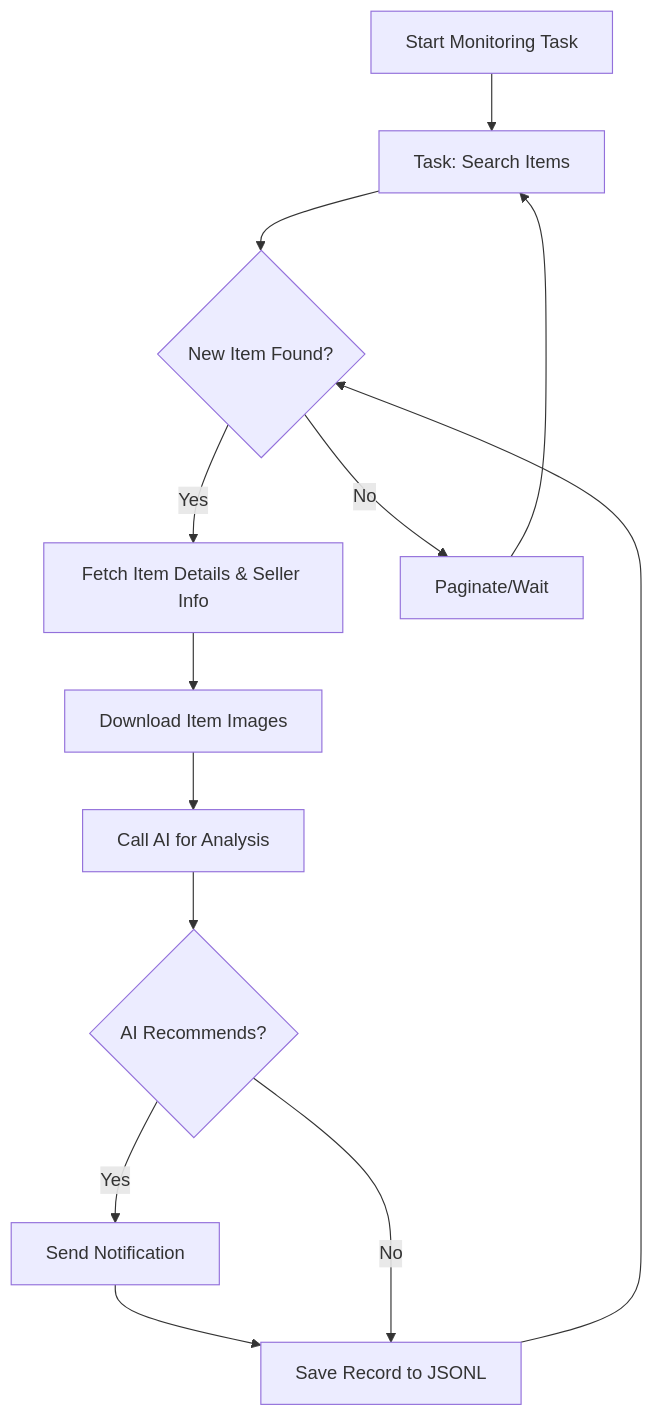
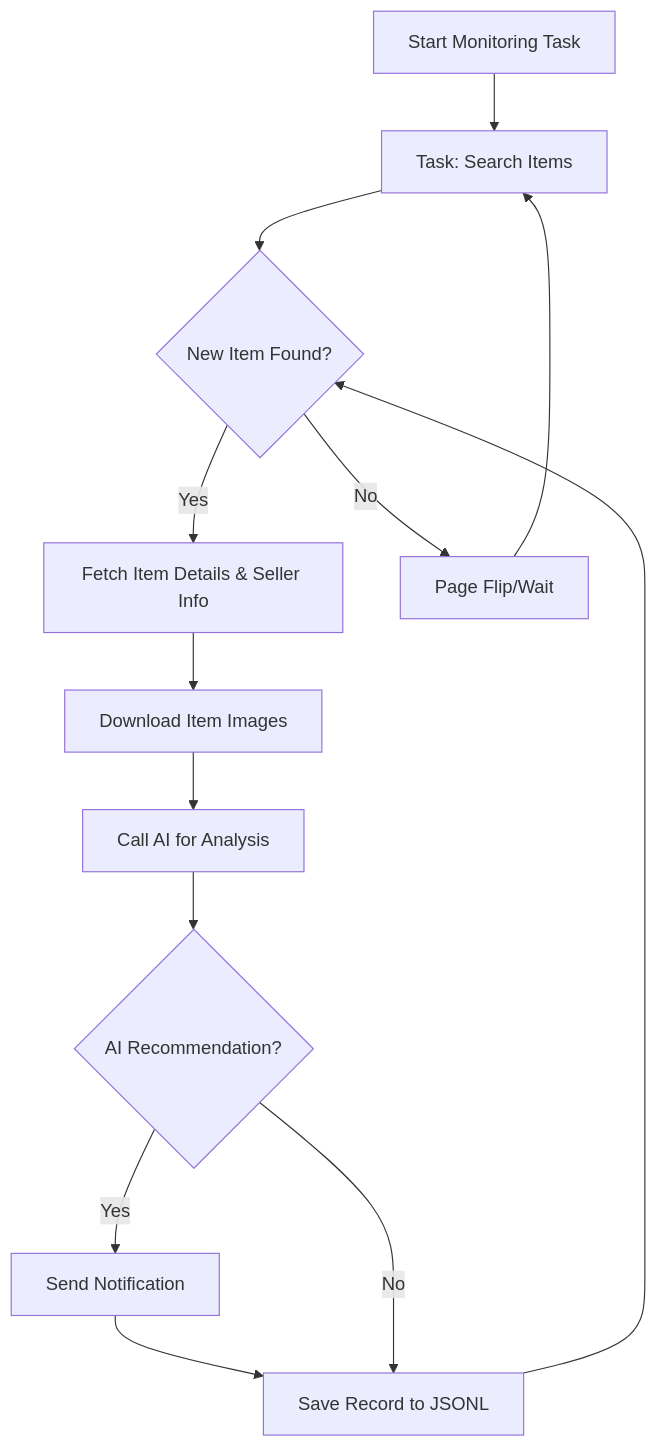
Before and after one commit to saurav-z/repo-docs: the diagram in docs/dingyufei615-ai-goofish-monitor.md, drawn with Mermaid. The commit also changed other lines of this file and 206 other files, not shown here.

````diff
--- a/docs/dingyufei615-ai-goofish-monitor.md
+++ b/docs/dingyufei615-ai-goofish-monitor.md
@@ -207,15 +205,15 @@
 ```mermaid
 graph TD
     A[Start Monitoring Task] --> B[Task: Search Items];
     B --> C{New Item Found?};
     C -- Yes --> D[Fetch Item Details & Seller Info];
     D --> E[Download Item Images];
     E --> F[Call AI for Analysis];
-    F --> G{AI Recommends?};
+    F --> G{AI Recommendation?};
     G -- Yes --> H[Send Notification];
     H --> I[Save Record to JSONL];
     G -- No --> I;
-    C -- No --> J[Paginate/Wait];
+    C -- No --> J[Page Flip/Wait];
     J --> B;
     I --> C;
 ```
````
